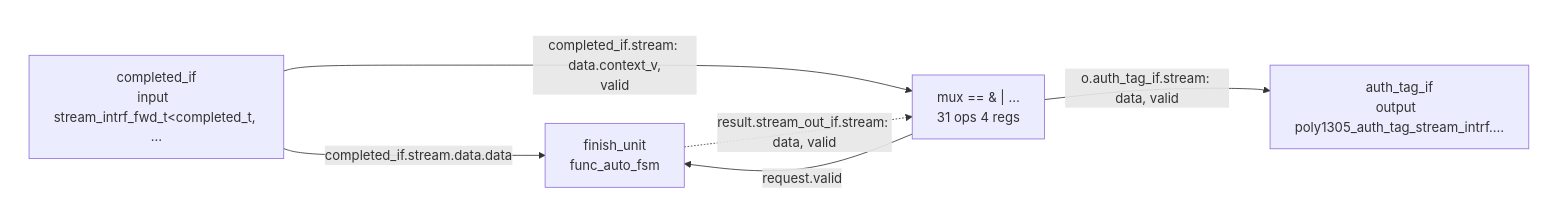
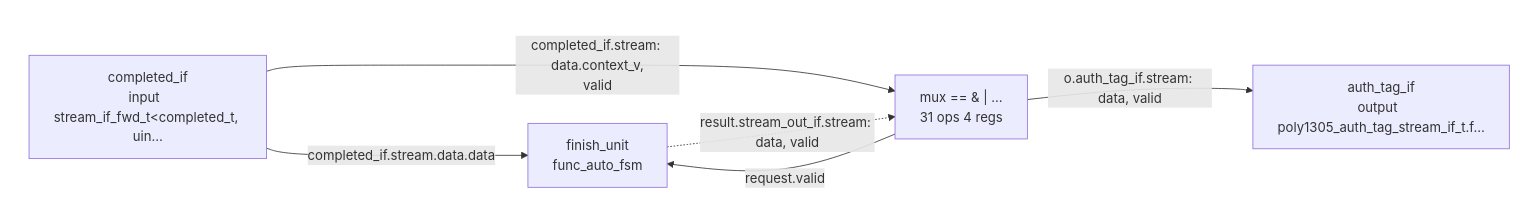
One commit to chili-chips/wireguard-fpga changed the eighth of 16 diagrams in 3.build/pypeline_build/src/poly1305/poly1305_design.md. Above: the diagram before and after it, drawn with Mermaid. The commit also changed other lines of this file and 31 other files, not shown here.

````diff
--- a/3.build/pypeline_build/src/poly1305/poly1305_design.md
+++ b/3.build/pypeline_build/src/poly1305/poly1305_design.md
@@ -464,19 +464,19 @@
 ```mermaid
 flowchart LR
     n2["finish_unit<br>func_auto_fsm"]
     n3["mux == & | …<br>31 ops  4 regs"]
     subgraph inputs[" "]
-        n0["completed_if<br>input  stream_intrf_fwd_t#lt;completed_t, …"]
+        n0["completed_if<br>input  stream_if_fwd_t#lt;completed_t, uin…"]
     end
     style inputs fill:none,stroke:none
     subgraph outputs[" "]
-        n1["auth_tag_if<br>output  poly1305_auth_tag_stream_intrf.…"]
+        n1["auth_tag_if<br>output  poly1305_auth_tag_stream_if_t.f…"]
     end
     style outputs fill:none,stroke:none
     n0 -->|"completed_if.stream: data.context_v,<br>valid"| n3
     n0 -->|"completed_if.stream.data.data"| n2
     n2 -.->|"result.stream_out_if.stream: data, valid"| n3
     n3 -->|"request.valid"| n2
     n3 -->|"o.auth_tag_if.stream: data, valid"| n1
     n3 ~~~ n1
 ```
````
